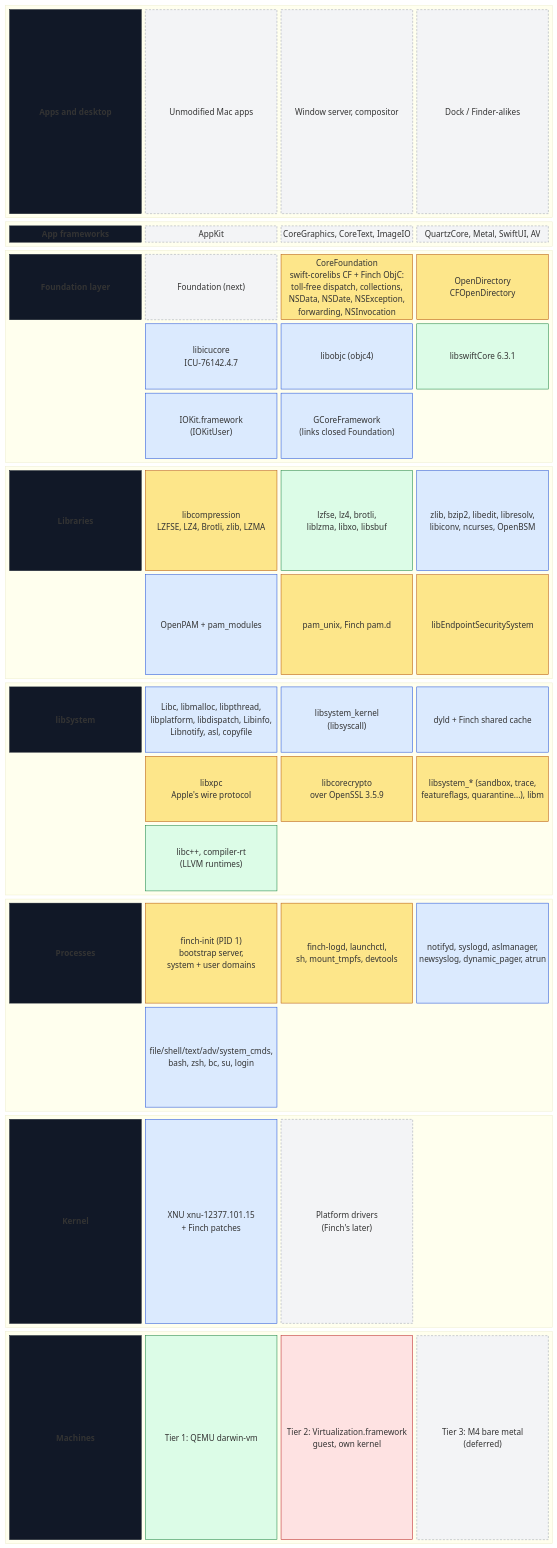
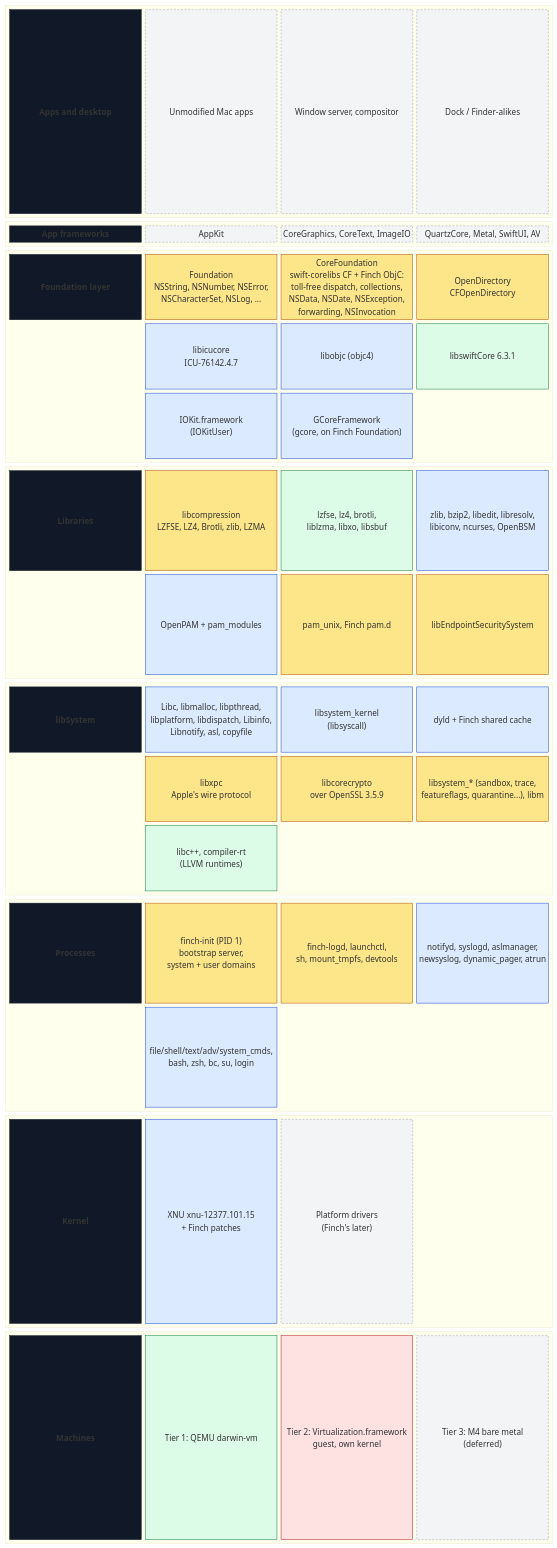
Before and after one commit to calebtrueman/finch: the first of 2 diagrams in docs/STACK.md, drawn with Mermaid. The commit also changed other lines of this file and 21 other files, not shown here.

First line of the commit message:
Foundation.framework from Finch: nothing Finch builds links anything closed

```diff
--- a/docs/STACK.md
+++ b/docs/STACK.md
@@ -30,7 +31,7 @@
     block:L5
         columns 4
         t5["Foundation layer"]
-        foundation["Foundation (next)"]
+        foundation["Foundation<br/>NSString, NSNumber, NSError,<br/>NSCharacterSet, NSLog, ..."]
         cf["CoreFoundation<br/>swift-corelibs CF + Finch ObjC:<br/>toll-free dispatch, collections,<br/>NSData, NSDate, NSException,<br/>forwarding, NSInvocation"]
         od["OpenDirectory<br/>CFOpenDirectory"]
         space5[" "]
@@ -39,7 +40,7 @@
         swift["libswiftCore 6.3.1"]
         space5b[" "]
         iokit["IOKit.framework<br/>(IOKitUser)"]
-        gcore["GCoreFramework<br/>(links closed Foundation)"]
+        gcore["GCoreFramework<br/>(gcore, on Finch Foundation)"]
         space5c[" "]
     end
     block:L4
@@ -102,8 +103,8 @@
     classDef firmware fill:#fee2e2,stroke:#b91c1c,color:#450a0a
     classDef blank fill:none,stroke:none
     class t7,t6,t5,t4,t3,t2,t1,t0 layer
-    class apps,desktop,shell,appkit,cg,later,foundation,kexts,metal planned
-    class cf,od,comp,pamunix,ess,xpc,cc,stubs,init,logd finch
+    class apps,desktop,shell,appkit,cg,later,kexts,metal planned
+    class cf,foundation,od,comp,pamunix,ess,xpc,cc,stubs,init,logd finch
     class icu,objc,iokit,gcore,osslibs,pam,libc,kernlib,dyld,daemons,cmds,xnu apple
     class swift,codecs,cxx,qemu upstream
     class vz firmware
```
